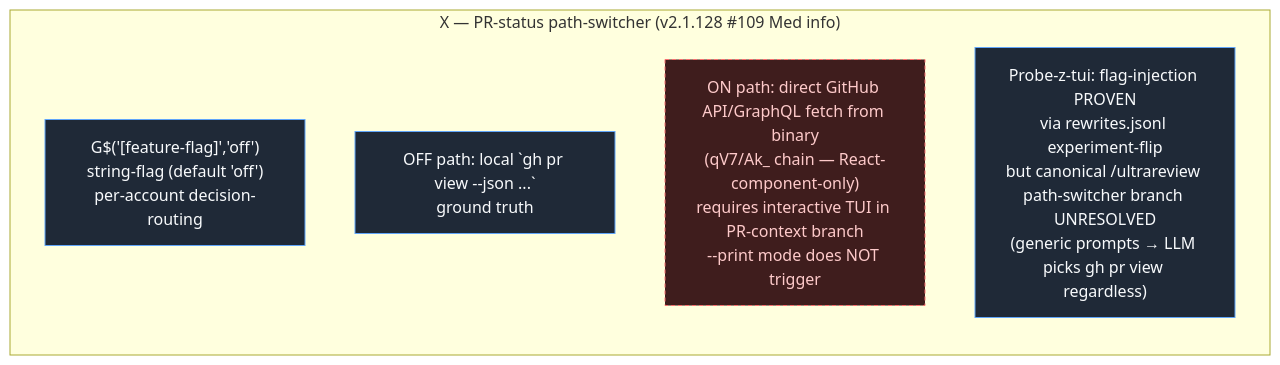
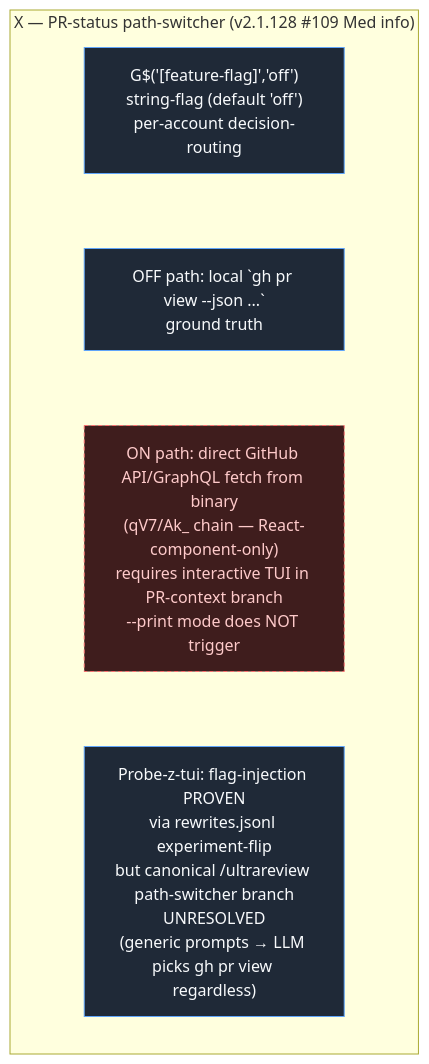
One commit to pjt222/claude-buddy-investigation changed the diagram in docs/flow/HARBORPRISM.mmd. Above: the diagram before and after it, drawn with Mermaid. The commit also changed 73 other files, not shown here.

First line of the commit message:
flow: make the cluster diagrams readable at page width

```diff
--- a/docs/flow/HARBORPRISM.mmd
+++ b/docs/flow/HARBORPRISM.mmd
@@ -1,17 +1,22 @@
 flowchart LR
     %% HARBORPRISM — X — PR-status path-switcher (v2.1.128 #109 Med info)
     subgraph HARBORPRISM["X — PR-status path-switcher (v2.1.128 #109 Med info)"]
         direction TB
         prism_flag["G$('[feature-flag]','off')<br/>string-flag (default 'off')<br/>per-account decision-routing"]:::core
         prism_off["OFF path: local `gh pr view --json ...`<br/>ground truth"]:::core
         prism_on["ON path: direct GitHub API/GraphQL fetch from binary<br/>(qV7/Ak_ chain — React-component-only)<br/>requires interactive TUI in PR-context branch<br/>--print mode does NOT trigger"]:::gap
-        prism_z_tui["Probe-z-tui: flag-injection PROVEN<br/>via rewrites.jsonl experiment-flip<br/>but canonical /ultrareview path-switcher branch UNRESOLVED<br/>(generic prompts → LLM picks gh pr view regardless)"]:::core
+        prism_z_tui["Probe-z-tui: flag-injection PROVEN<br/>via rewrites.jsonl experiment-flip<br/>but canonical /ultrareview path-switcher branch<br/>UNRESOLVED<br/>(generic prompts → LLM picks gh pr view regardless)"]:::core
     end
+
+    %% invisible links: stack 4 disconnected groups vertically rather than side by side
+    prism_flag ~~~ prism_off
+    prism_off ~~~ prism_on
+    prism_on ~~~ prism_z_tui
 
 
     classDef core fill:#1f2937,stroke:#60a5fa,color:#f8fafc,stroke-width:1px
     classDef gap fill:#3f1d1d,stroke:#f87171,color:#fecaca,stroke-dasharray: 4 3,stroke-width:1px
     classDef removed fill:#1a1a1a,stroke:#6b7280,color:#9ca3af,stroke-dasharray: 2,stroke-width:1px
     classDef ours fill:#1e293b,stroke:#a78bfa,color:#e9d5ff,stroke-width:1px
     classDef baseline fill:#1f2937,stroke:#34d399,color:#d1fae5,stroke-width:1px
     classDef risk fill:#3f1d1d,stroke:#fb7185,color:#fecdd3,stroke-width:2px
```
